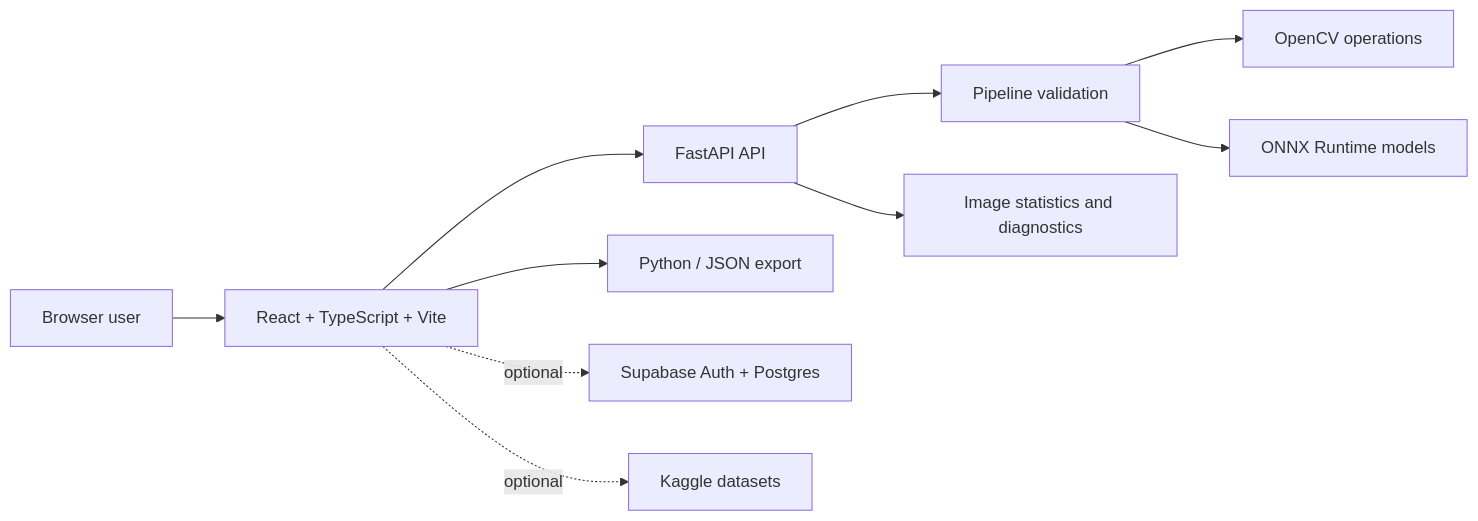
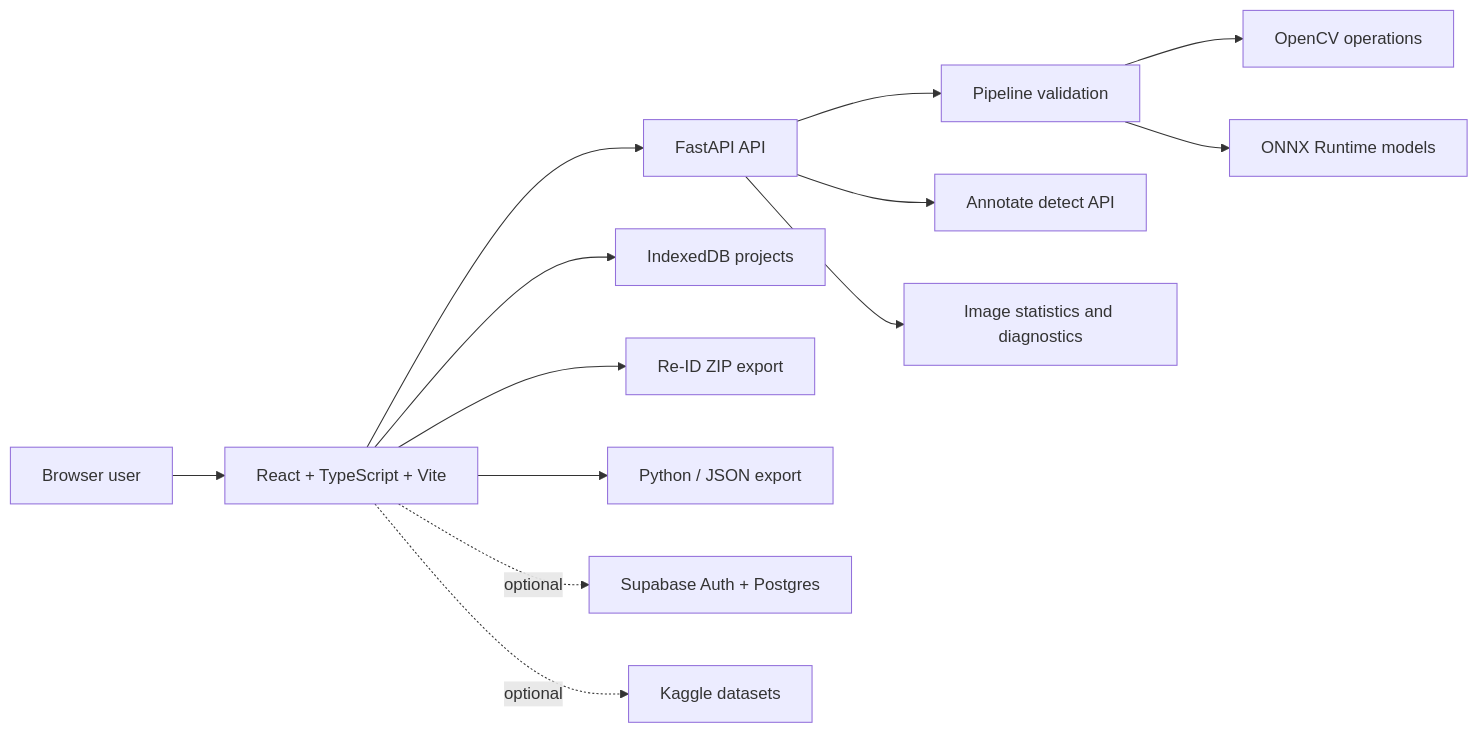
Before and after one commit to BASSAT-BASSAT/V_Rush: the diagram in README.md, drawn with Mermaid. The commit also changed other lines of this file and 20 other files, not shown here.

First line of the commit message:
feat: add video Re-ID annotation workbench and export ZIP

````diff
--- a/README.md
+++ b/README.md
@@ -113,12 +160,15 @@
 ```mermaid
 flowchart LR
     U[Browser user] --> FE[React + TypeScript + Vite]
     FE --> API[FastAPI API]
+    FE --> IDB[IndexedDB projects]
+    FE --> ZIP[Re-ID ZIP export]
     API --> V[Pipeline validation]
     V --> CV[OpenCV operations]
     V --> ONNX[ONNX Runtime models]
+    API --> ANN[Annotate detect API]
     API --> STATS[Image statistics and diagnostics]
     FE --> EXP[Python / JSON export]
     FE -. optional .-> AUTH[Supabase Auth + Postgres]
     FE -. optional .-> KAG[Kaggle datasets]
 ```
````
